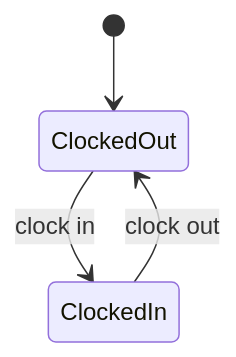
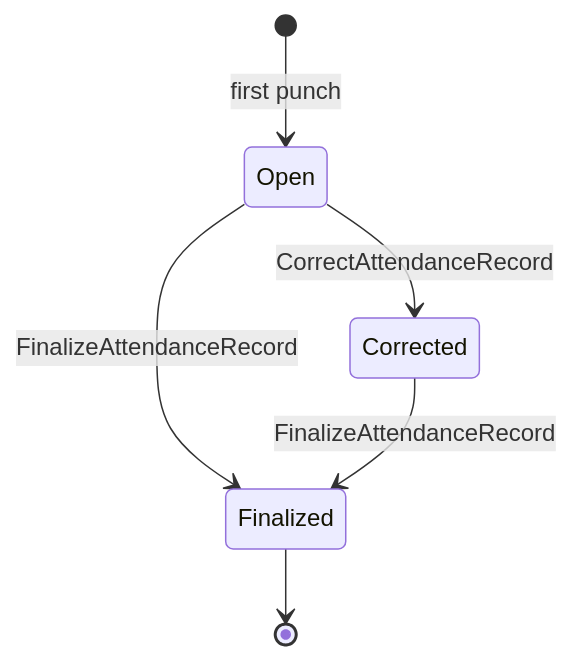
The diagram in docs/02-domain/attendance.md (369sup/worksync-hr), drawn with Mermaid before and after one commit. The commit also changed other lines of this file and 36 other files, not shown here.

````diff
--- a/docs/02-domain/attendance.md
+++ b/docs/02-domain/attendance.md
@@ -7,6 +7,8 @@
 ```mermaid
 stateDiagram-v2
-  [*] --> ClockedOut
-  ClockedOut --> ClockedIn: clock in
-  ClockedIn --> ClockedOut: clock out
+  [*] --> Open: first punch
+  Open --> Corrected: CorrectAttendanceRecord
+  Open --> Finalized: FinalizeAttendanceRecord
+  Corrected --> Finalized: FinalizeAttendanceRecord
+  Finalized --> [*]
 ```
````
